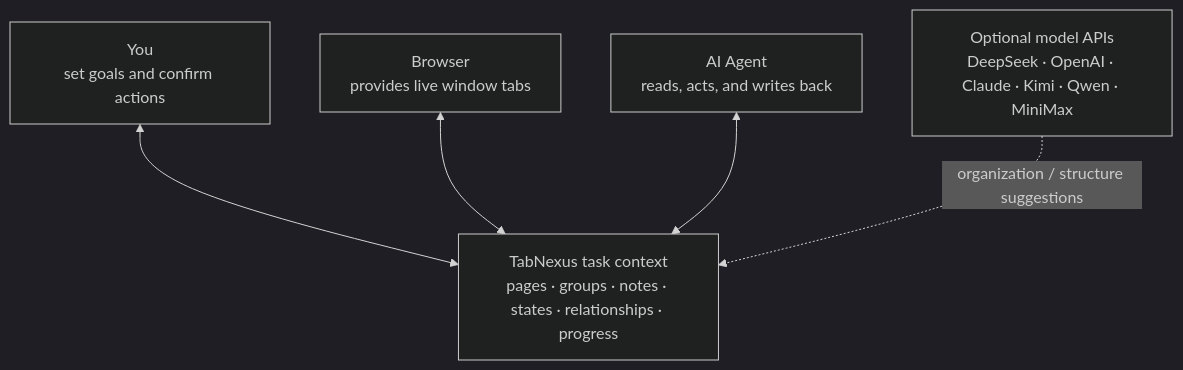
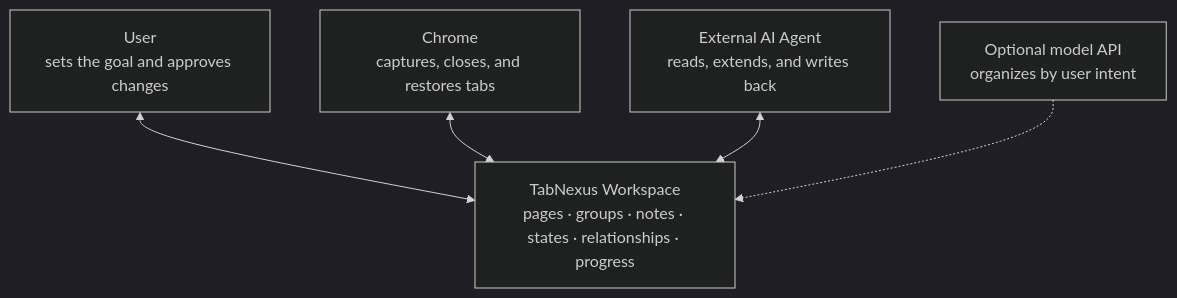
Before and after one commit to KaichenCurry/TabNexus: the second of 3 diagrams in docs/README.en.md, drawn with Mermaid (dark theme). The commit also changed other lines of this file and 1 other file, not shown here.

Commit message:
Clarify TabNexus product story and onboarding (#14)

````diff
--- a/docs/README.en.md
+++ b/docs/README.en.md
@@ -55,8 +63,8 @@
 ```mermaid
 flowchart TB
-    Context["TabNexus task context<br/>pages · groups · notes · states · relationships · progress"]
-    User["You<br/>set goals and confirm actions"] <--> Context
-    Browser["Browser<br/>provides live window tabs"] <--> Context
-    Agent["AI Agent<br/>reads, acts, and writes back"] <--> Context
-    Model["Optional model APIs<br/>DeepSeek · OpenAI · Claude · Kimi · Qwen · MiniMax"] -. "organization / structure suggestions" .-> Context
+    Context["TabNexus Workspace<br/>pages · groups · notes · states · relationships · progress"]
+    User["User<br/>sets the goal and approves changes"] <--> Context
+    Browser["Chrome<br/>captures, closes, and restores tabs"] <--> Context
+    Agent["External AI Agent<br/>reads, extends, and writes back"] <--> Context
+    Model["Optional model API<br/>organizes by user intent"] -.-> Context
 ```
````
